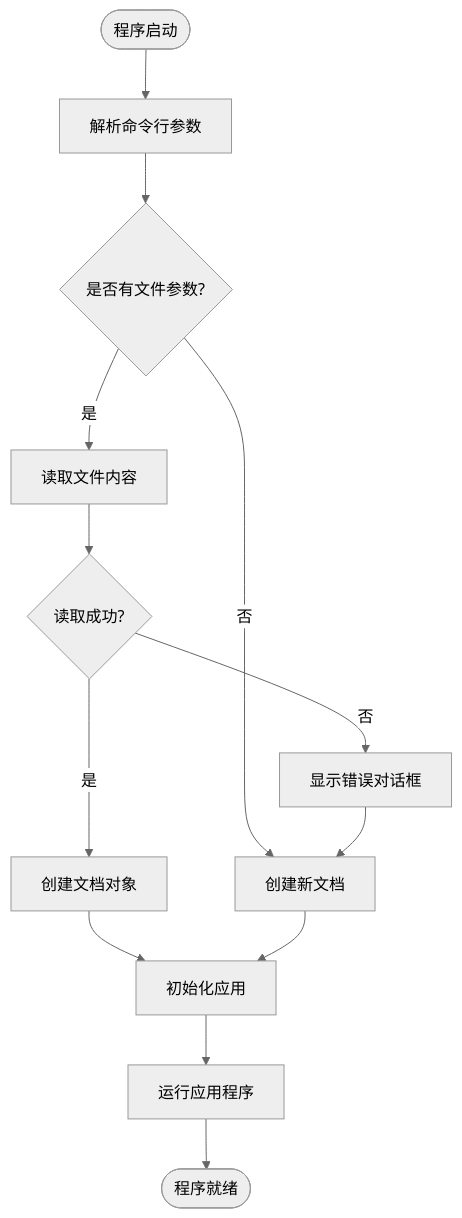
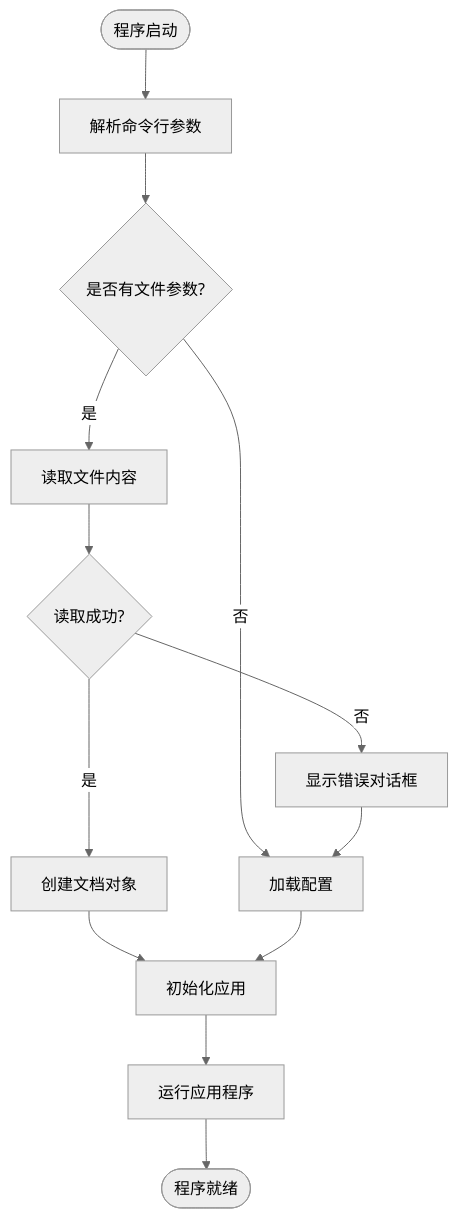
One commit to tea4go/mdedit changed the seventh of 20 diagrams in .qoder/repowiki/zh/content/功能特性详解/文件操作功能.md. Above: the diagram before and after it, drawn with Mermaid (neutral theme). The commit also changed other lines of this file and 25 other files, not shown here.

````diff
--- a/.qoder/repowiki/zh/content/功能特性详解/文件操作功能.md
+++ b/.qoder/repowiki/zh/content/功能特性详解/文件操作功能.md
@@ -217,15 +291,15 @@
 ```mermaid
 flowchart TD
 Start([程序启动]) --> ParseArgs[解析命令行参数]
 ParseArgs --> HasArg{是否有文件参数?}
-HasArg --> |否| NewDoc[创建新文档]
+HasArg --> |否| LoadConfig[加载配置]
 HasArg --> |是| ReadFile[读取文件内容]
 ReadFile --> ReadSuccess{读取成功?}
 ReadSuccess --> |是| CreateDoc[创建文档对象]
 ReadSuccess --> |否| ShowError[显示错误对话框]
-ShowError --> NewDoc
+ShowError --> LoadConfig
 CreateDoc --> InitApp[初始化应用]
-NewDoc --> InitApp
+LoadConfig --> InitApp
 InitApp --> RunApp[运行应用程序]
 RunApp --> End([程序就绪])
 ```
````
